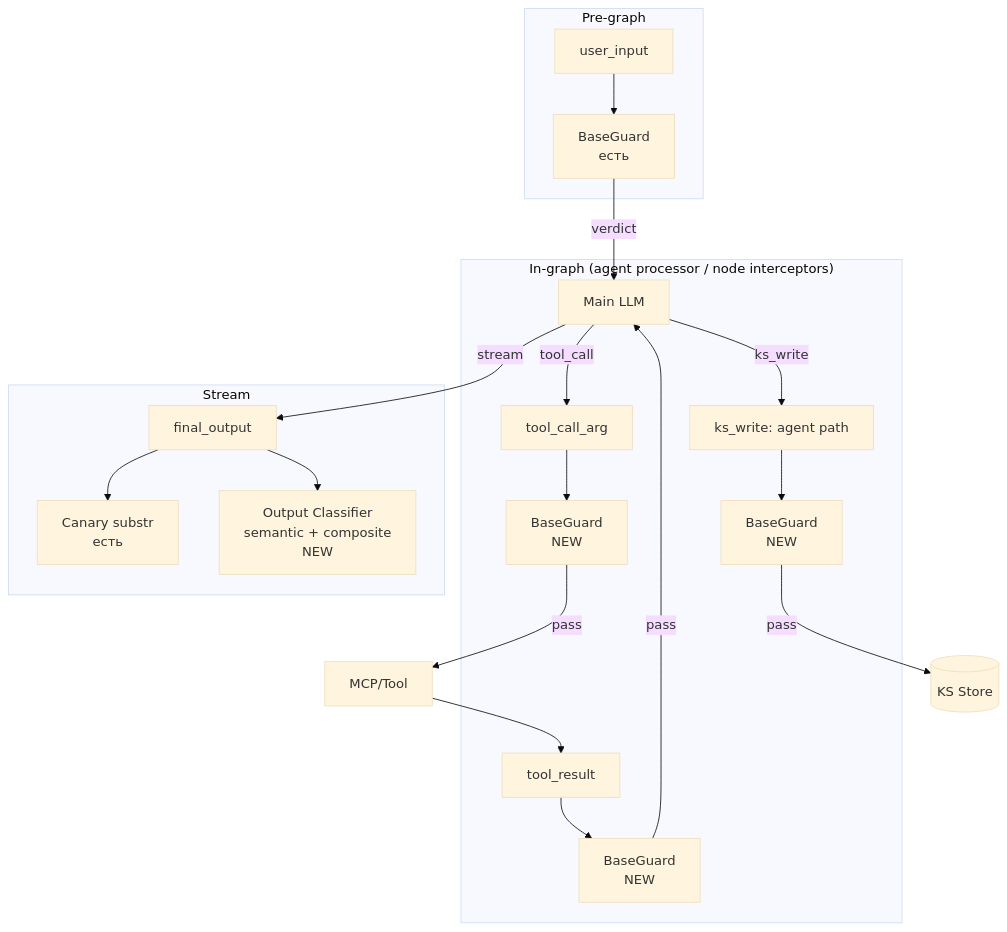
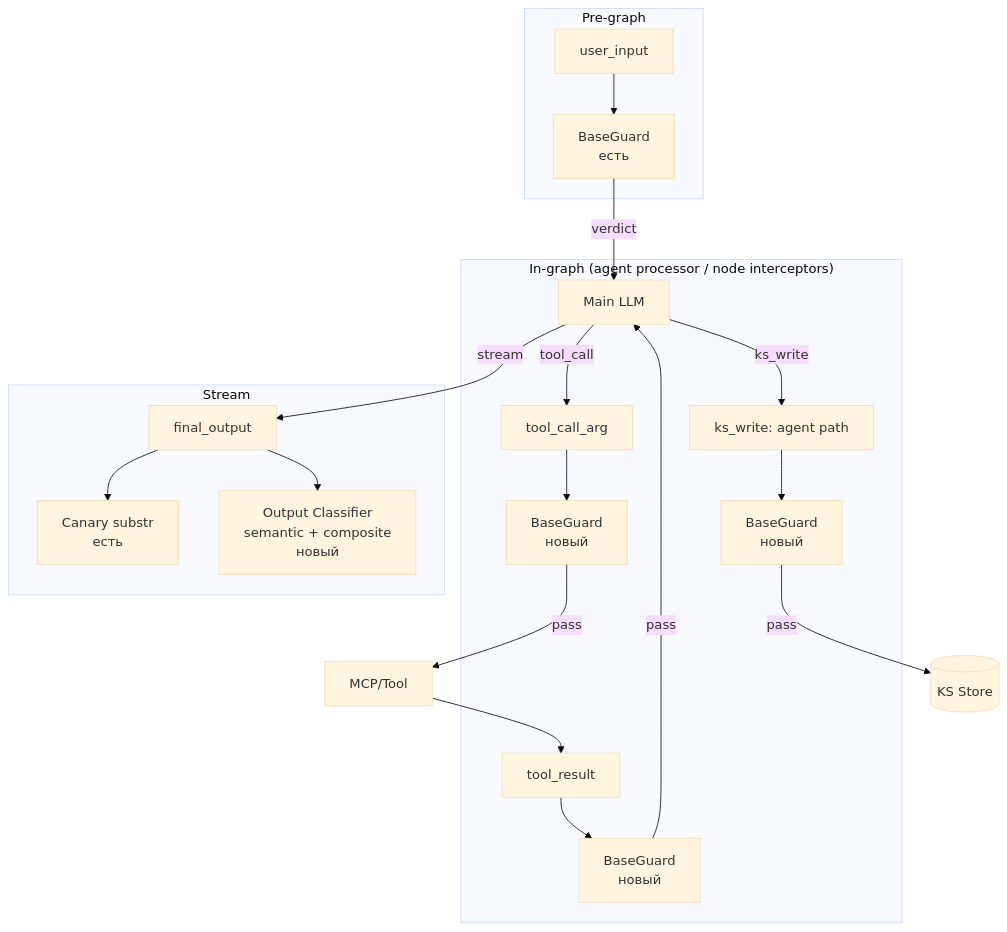
Before and after one commit to Bbar0n234/learnflow-ai: the diagram in doc/tasks/iterations/post-mvp/feat-006-security-2.0/design-brief.md, drawn with Mermaid (base theme). The commit also changed other lines of this file and 1 other file, not shown here.

````diff
--- a/doc/tasks/iterations/post-mvp/feat-006-security-2.0/design-brief.md
+++ b/doc/tasks/iterations/post-mvp/feat-006-security-2.0/design-brief.md
@@ -227,27 +218,27 @@
 ```mermaid
 graph TB
     subgraph PRE["Pre-graph"]
         UI[user_input] --> G1["BaseGuard<br/>есть"]
     end
 
     subgraph IN["In-graph (agent processor / node interceptors)"]
         LLM["Main LLM"]
-        TC[tool_call_arg] --> G2["BaseGuard<br/>NEW"]
-        TR[tool_result] --> G3["BaseGuard<br/>NEW"]
-        KS[ks_write: agent path] --> G4["BaseGuard<br/>NEW"]
+        TC[tool_call_arg] --> G2["BaseGuard<br/>новый"]
+        TR[tool_result] --> G3["BaseGuard<br/>новый"]
+        KS[ks_write: agent path] --> G4["BaseGuard<br/>новый"]
     end
 
     subgraph POST["Stream"]
         FO[final_output] --> G5["Canary substr<br/>есть"]
-        FO --> G6["Output Classifier<br/>semantic + composite<br/>NEW"]
+        FO --> G6["Output Classifier<br/>semantic + composite<br/>новый"]
     end
 
     G1 -->|verdict| LLM
     LLM -->|tool_call| TC
     G2 -->|pass| MCP["MCP/Tool"]
     MCP --> TR
     G3 -->|pass| LLM
     LLM -->|ks_write| KS
     G4 -->|pass| STORE[("KS Store")]
     LLM -->|stream| FO
 ```
````
